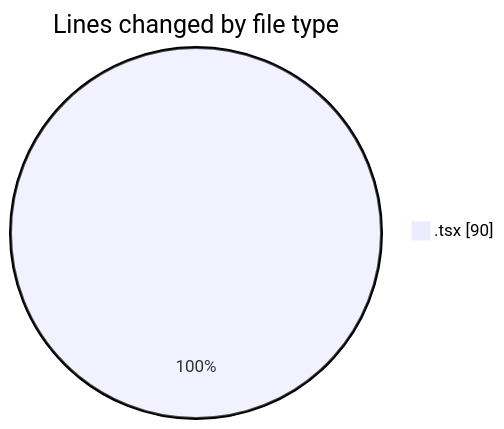
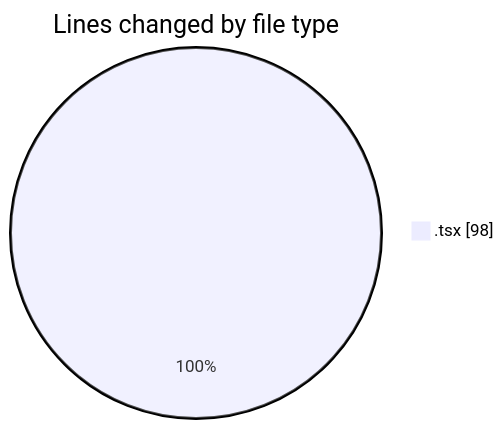
Before and after one commit to robertbonfada/code-tracking: the first of 2 diagrams in 2025-03-10/mbc-web/README.md, drawn with Mermaid. The commit also changed other lines of this file and 1 other file, not shown here.

````diff
--- a/2025-03-10/mbc-web/README.md
+++ b/2025-03-10/mbc-web/README.md
@@ -26,5 +26,5 @@
 ```mermaid
 pie showData
 title Lines changed by file type
-".tsx" : 90
+".tsx" : 98
 ```
````
